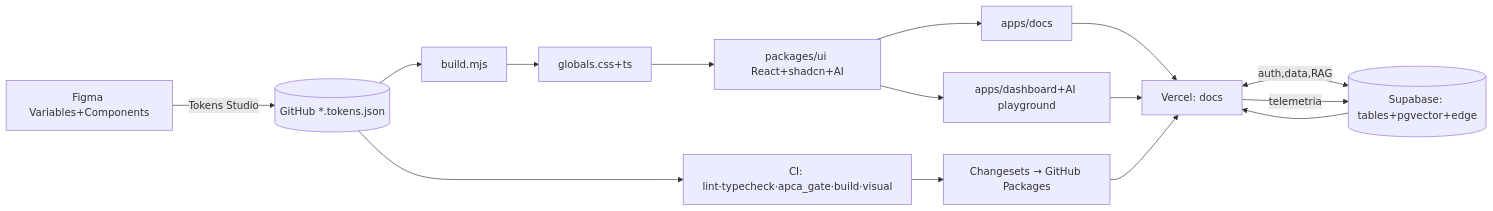
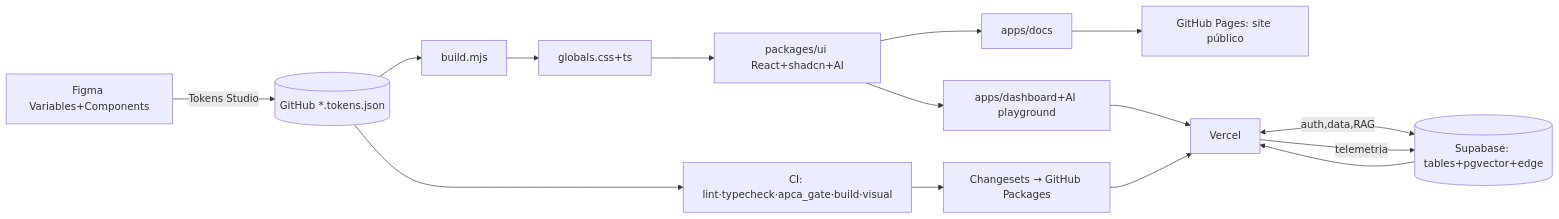
The diagram in docs/06-pipeline.md (LouizeB/flytrapds), drawn with Mermaid before and after one commit. The commit also changed other lines of this file and 31 other files, not shown here.

Commit message:
feat: add public docs and GitHub workflows

````diff
--- a/docs/06-pipeline.md
+++ b/docs/06-pipeline.md
@@ -5,12 +5,12 @@
 ```mermaid
 flowchart LR
   A[Figma Variables+Components] -->|Tokens Studio| B[(GitHub *.tokens.json)]
   B --> C[build.mjs] --> D[globals.css+ts] --> E[packages/ui React+shadcn+AI] --> F[apps/docs]
   B --> G[CI: lint·typecheck·apca_gate·build·visual]
   G --> H[Changesets → GitHub Packages]
-  F --> L[Vercel: docs]
-  E --> K[apps/dashboard+AI playground] --> L
+  F --> P[GitHub Pages: site público]
+  E --> K[apps/dashboard+AI playground] --> L[Vercel]
   H --> L
   L <-->|auth,data,RAG| M[(Supabase: tables+pgvector+edge)]
   L -->|telemetria| M --> L
 ```
````
